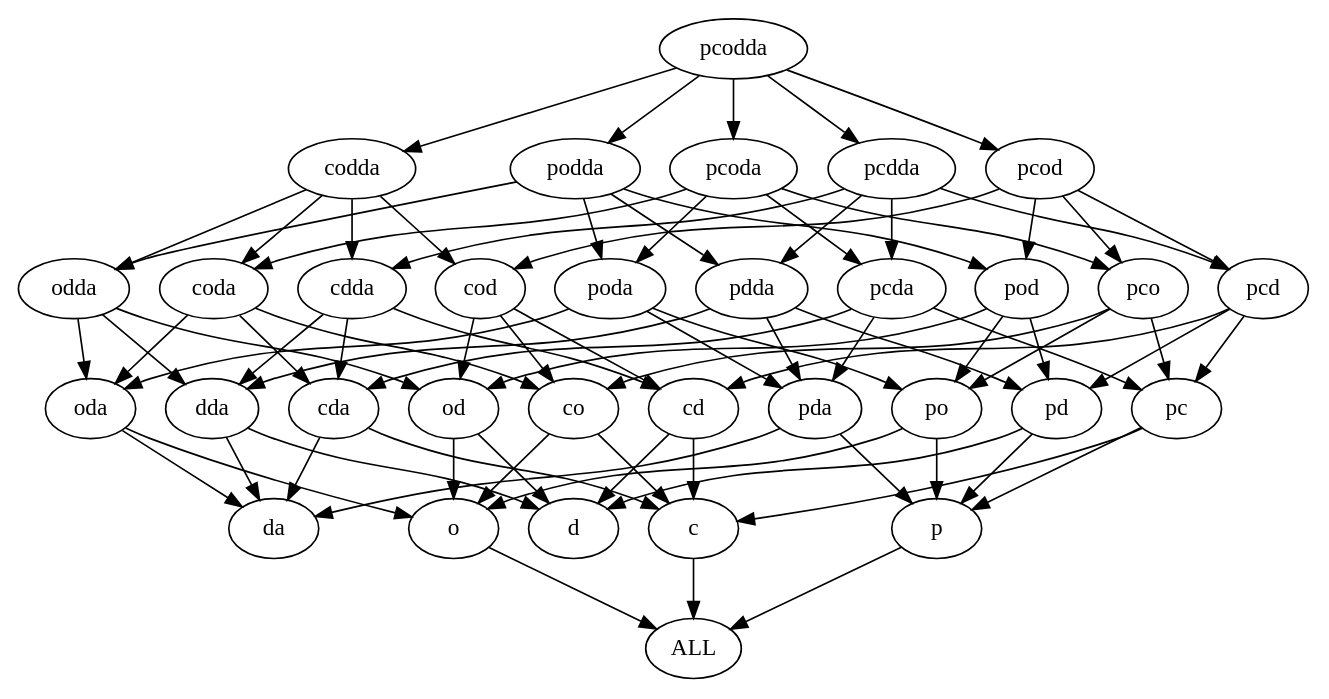
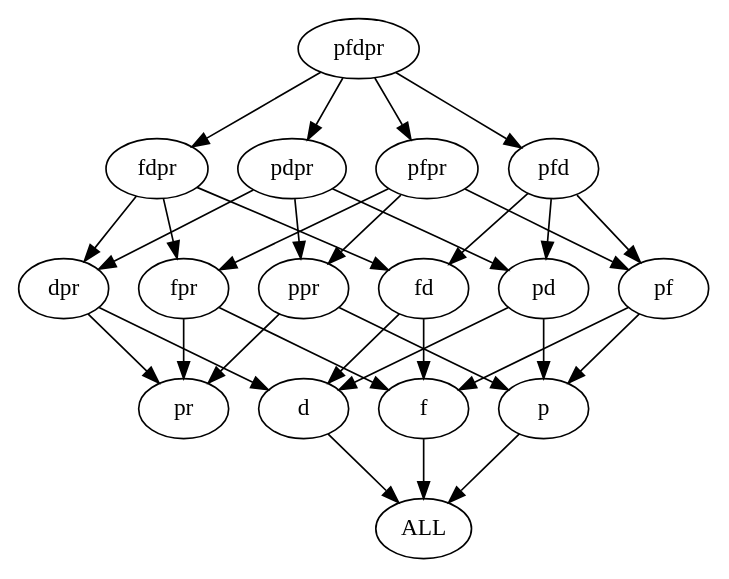
One commit to ga-pontes/ALG2 changed the diagram in grafo/Alg2/dotFile.dot. Above: the diagram before and after it, drawn with Graphviz. The commit also changed 9 other files, not shown here.

```diff
--- a/grafo/Alg2/dotFile.dot
+++ b/grafo/Alg2/dotFile.dot
@@ -1,111 +1,48 @@
 digraph G {
-pcodda ->  codda;
-pcodda ->  podda;
-pcodda ->  pcdda;
-pcodda ->  pcoda;
-pcodda ->  pcod;
-codda ->  odda;
-codda ->  cdda;
-codda ->  coda;
-codda ->  cod;
-podda ->  odda;
-podda ->  pdda;
-podda ->  poda;
-podda ->  pod;
-pcdda ->  cdda;
-pcdda ->  pdda;
-pcdda ->  pcda;
-pcdda ->  pcd;
-pcoda ->  coda;
-pcoda ->  poda;
-pcoda ->  pcda;
-pcoda ->  pco;
-pcod ->  cod;
-pcod ->  pod;
-pcod ->  pcd;
-pcod ->  pco;
-odda ->  dda;
-odda ->  oda;
-odda ->  od;
-cdda ->  dda;
-cdda ->  cda;
-cdda ->  cd;
-coda ->  oda;
-coda ->  cda;
-coda ->  co;
-cod ->  od;
-cod ->  cd;
-cod ->  co;
-pdda ->  dda;
-pdda ->  pda;
-pdda ->  pd;
-poda ->  oda;
-poda ->  pda;
-poda ->  po;
-pod ->  od;
-pod ->  pd;
-pod ->  po;
-pcda ->  cda;
-pcda ->  pda;
-pcda ->  pc;
-pcd ->  cd;
-pcd ->  pd;
-pcd ->  pc;
-pco ->  co;
-pco ->  po;
-pco ->  pc;
-dda ->  da;
-dda ->  d;
-oda ->  da;
-oda ->  o;
-od ->  d;
-od ->  o;
-cda ->  da;
-cda ->  c;
-cd ->  d;
-cd ->  c;
-co ->  o;
-co ->  c;
-pda ->  da;
-pda ->  p;
+pfdpr ->  fdpr;
+pfdpr ->  pdpr;
+pfdpr ->  pfpr;
+pfdpr ->  pfd;
+fdpr ->  dpr;
+fdpr ->  fpr;
+fdpr ->  fd;
+pdpr ->  dpr;
+pdpr ->  ppr;
+pdpr ->  pd;
+pfpr ->  fpr;
+pfpr ->  ppr;
+pfpr ->  pf;
+pfd ->  fd;
+pfd ->  pd;
+pfd ->  pf;
+dpr ->  pr;
+dpr ->  d;
+fpr ->  pr;
+fpr ->  f;
+fd ->  d;
+fd ->  f;
+ppr ->  pr;
+ppr ->  p;
 pd ->  d;
 pd ->  p;
-po ->  o;
-po ->  p;
-pc ->  c;
-pc ->  p;
-da;
+pf ->  f;
+pf ->  p;
+pr;
+d ->  ALL;
+f ->  ALL;
 d;
-o ->  ALL;
-o;
-c ->  ALL;
-c;
+f;
 p ->  ALL;
 pd;
 p;
-oda;
-poda;
-pda;
-po;
-od;
-pod;
-cdda;
-dda;
-cda;
-cd;
-pdda;
-pcdda;
-pcda;
-pcd;
-pc;
-coda;
-co;
-pcoda;
-pco;
-cod;
-pcod;
-codda;
-odda;
-podda;
+fpr;
+ppr;
+pfpr;
+pf;
+fd;
+pfd;
+fdpr;
+dpr;
+pdpr;
 ALL;
 }
```
